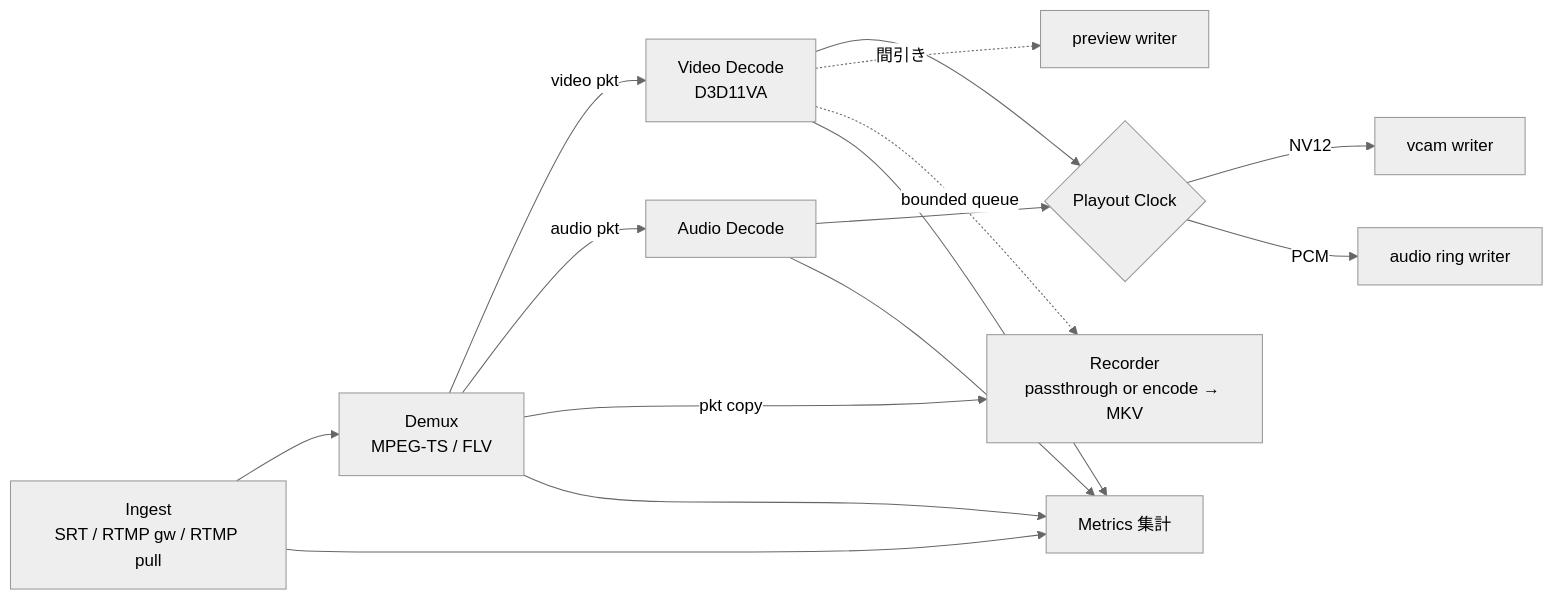
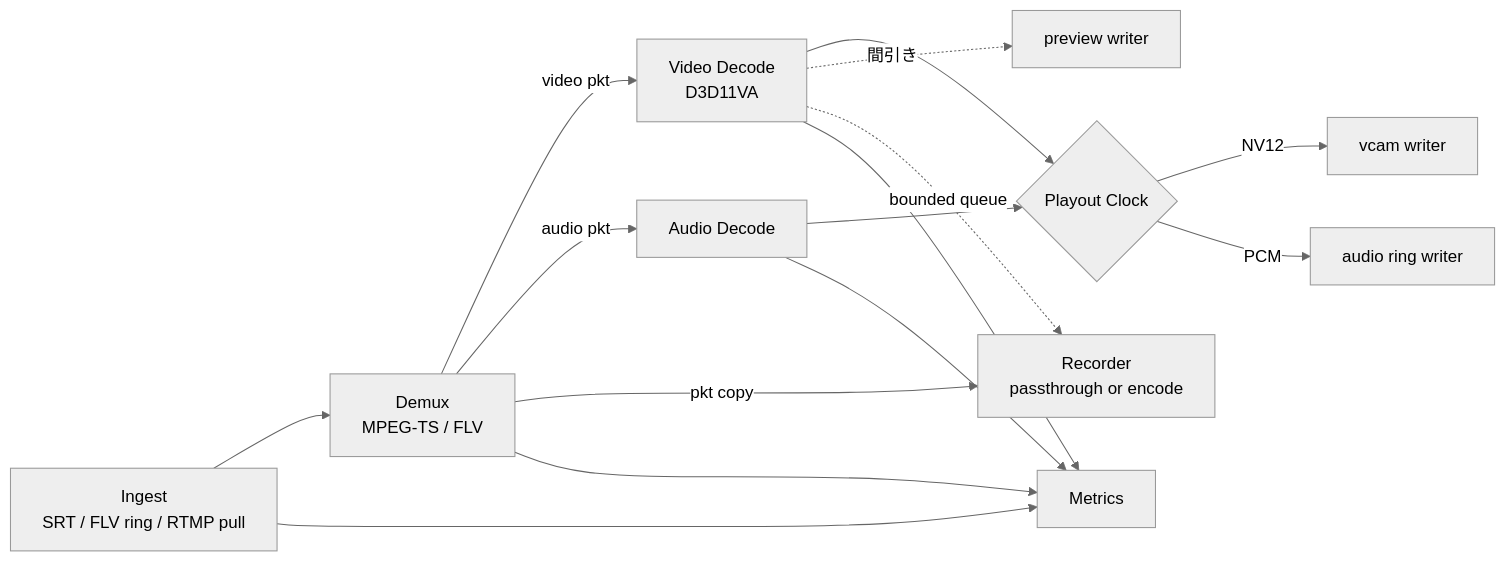
Before and after one commit to RTAinJapan/denpachan: the third of 5 diagrams in docs/design.md, drawn with Mermaid (neutral theme). The commit also changed other lines of this file and 2 other files, not shown here.

````diff
--- a/docs/design.md
+++ b/docs/design.md
@@ -152,14 +128,14 @@
 ```mermaid
 flowchart LR
-    IN[Ingest<br/>SRT / RTMP gw / RTMP pull] --> DMX[Demux<br/>MPEG-TS / FLV]
+    IN[Ingest<br/>SRT / FLV ring / RTMP pull] --> DMX[Demux<br/>MPEG-TS / FLV]
     DMX -- video pkt --> VD[Video Decode<br/>D3D11VA]
     DMX -- audio pkt --> AD[Audio Decode]
     DMX -- pkt copy --> REC
     VD --> CLK{Playout Clock}
     AD --> CLK
     CLK -- NV12 --> VCAM[vcam writer]
     CLK -- PCM --> AOUT[audio ring writer]
     VD -. 間引き .-> PREV[preview writer]
-    VD -. bounded queue .-> REC[Recorder<br/>passthrough or encode → MKV]
-    IN & DMX & VD & AD --> MET[Metrics 集計]
+    VD -. bounded queue .-> REC[Recorder<br/>passthrough or encode]
+    IN & DMX & VD & AD --> MET[Metrics]
 ```
````
